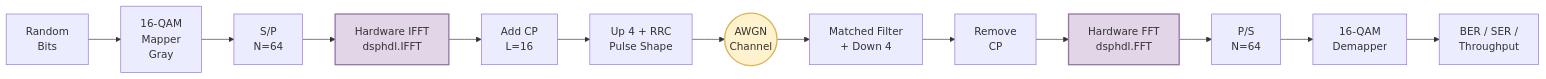
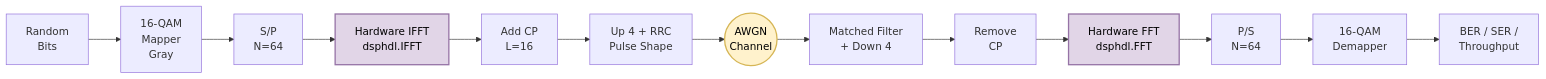
One commit to ssimranjit302/OFDM_Hardware_Accelerated changed the diagram in README.md. Above: the diagram before and after it, drawn with Mermaid. The commit also changed other lines of this file, not shown here.

Commit message:
Fix Mermaid diagram text contrast in dark mode

````diff
--- a/README.md
+++ b/README.md
@@ -25,24 +25,24 @@
 ```mermaid
 flowchart LR
     %% Transmitter
     Bits[Random<br>Bits] --> QAM[16-QAM<br>Mapper<br>Gray]
     QAM --> SP[S/P<br>N=64]
     SP --> IFFT[Hardware IFFT<br>dsphdl.IFFT]
     IFFT --> CP[Add CP<br>L=16]
     CP --> PS[Up 4 + RRC<br>Pulse Shape]
     
     %% Channel
     PS --> AWGN((AWGN<br>Channel))
     
     %% Receiver
     AWGN --> MF[Matched Filter<br>+ Down 4]
     MF --> RMCP[Remove<br>CP]
     RMCP --> FFT[Hardware FFT<br>dsphdl.FFT]
     FFT --> PS2[P/S<br>N=64]
     PS2 --> Demod[16-QAM<br>Demapper]
     Demod --> BER[BER / SER /<br>Throughput]
 
-    style IFFT fill:#e1d5e7,stroke:#9673a6,stroke-width:2px
-    style FFT fill:#e1d5e7,stroke:#9673a6,stroke-width:2px
-    style AWGN fill:#fff2cc,stroke:#d6b656,stroke-width:2px
+    style IFFT fill:#e1d5e7,stroke:#9673a6,stroke-width:2px,color:#000000
+    style FFT fill:#e1d5e7,stroke:#9673a6,stroke-width:2px,color:#000000
+    style AWGN fill:#fff2cc,stroke:#d6b656,stroke-width:2px,color:#000000
 ```
````
